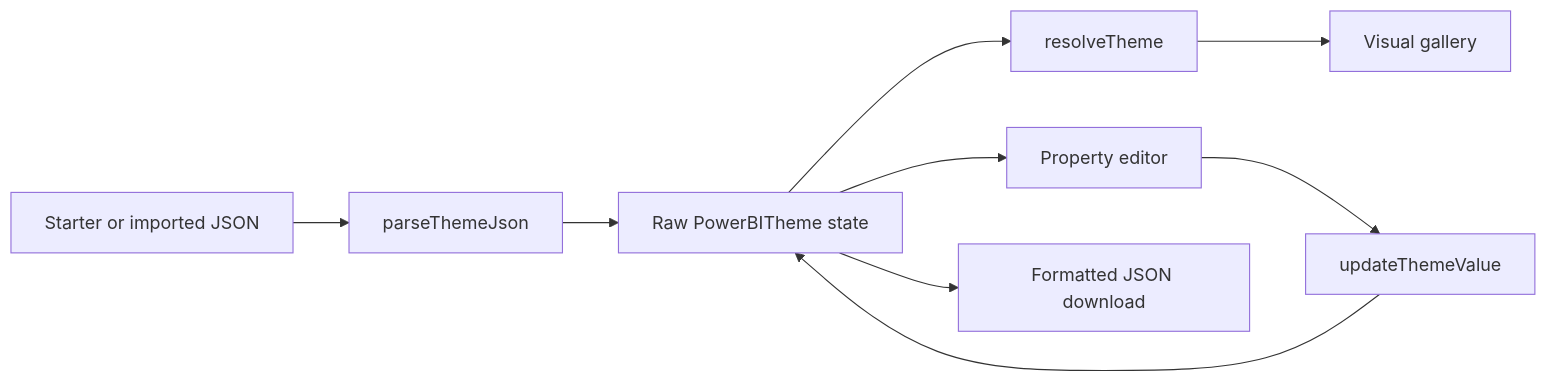
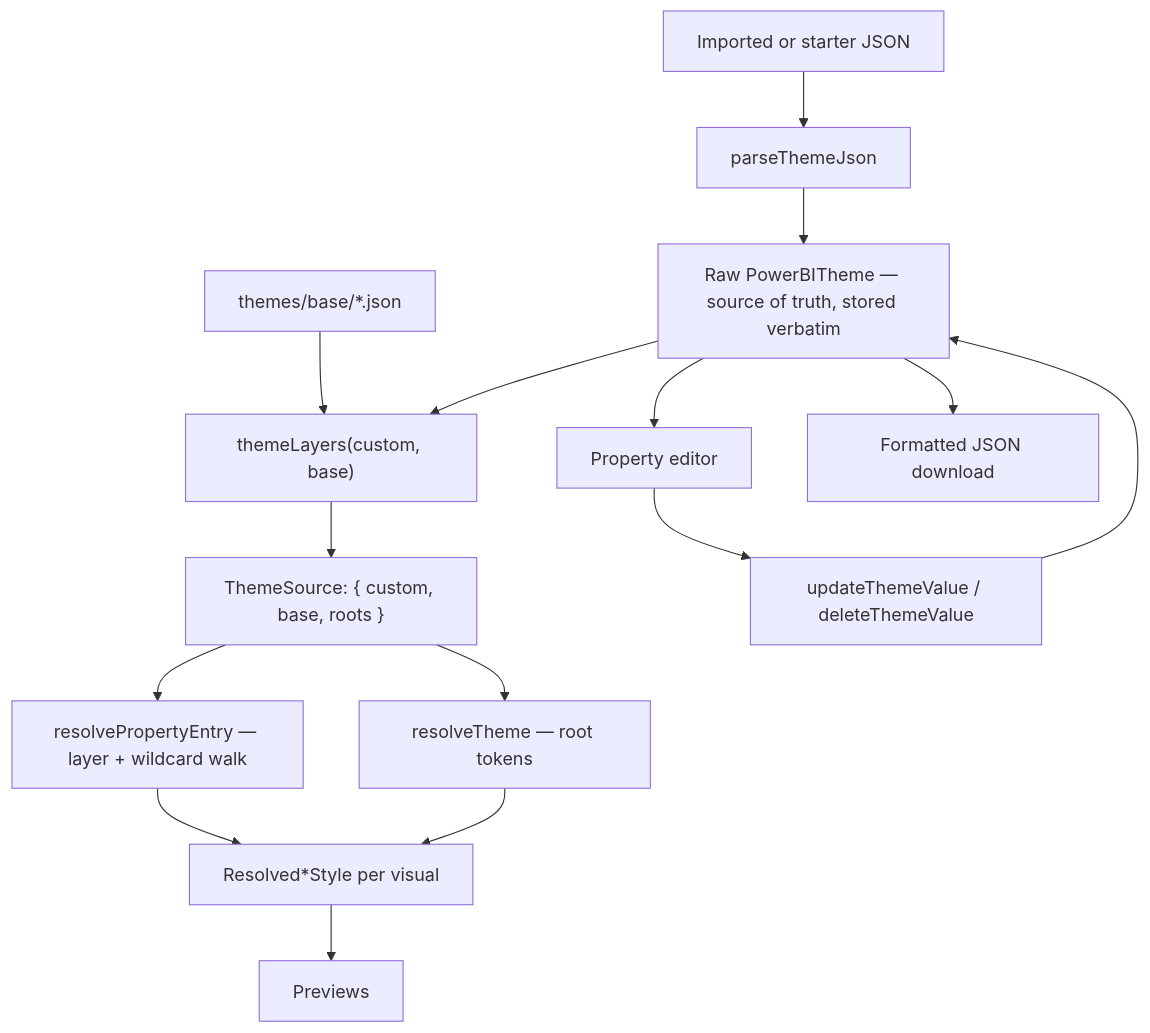
Before and after one commit to whippet-dev/power-bi-theme-studio: the diagram in PROJECT_OVERVIEW.md, drawn with Mermaid. The commit also changed other lines of this file and 4 other files, not shown here.

````diff
--- a/PROJECT_OVERVIEW.md
+++ b/PROJECT_OVERVIEW.md
@@ -31,11 +35,17 @@
 ```mermaid
-flowchart LR
-  A["Starter or imported JSON"] --> B["parseThemeJson"]
-  B --> C["Raw PowerBITheme state"]
-  C --> D["resolveTheme"]
-  D --> E["Visual gallery"]
-  C --> F["Property editor"]
-  F --> G["updateThemeValue"]
-  G --> C
-  C --> H["Formatted JSON download"]
+flowchart TD
+  A["Imported or starter JSON"] --> B["parseThemeJson"]
+  B --> C["Raw PowerBITheme — source of truth, stored verbatim"]
+  D["themes/base/*.json"] --> E["themeLayers(custom, base)"]
+  C --> E
+  E --> F["ThemeSource: { custom, base, roots }"]
+  F --> G["resolvePropertyEntry — layer + wildcard walk"]
+  G --> H["Resolved*Style per visual"]
+  H --> I["Previews"]
+  F --> J["resolveTheme — root tokens"]
+  J --> H
+  C --> K["Property editor"]
+  K --> L["updateThemeValue / deleteThemeValue"]
+  L --> C
+  C --> M["Formatted JSON download"]
 ```
````
